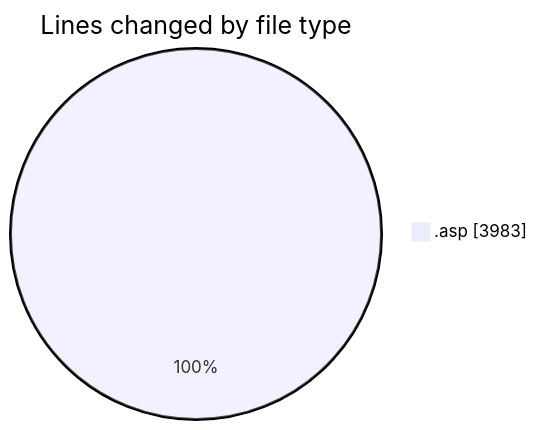
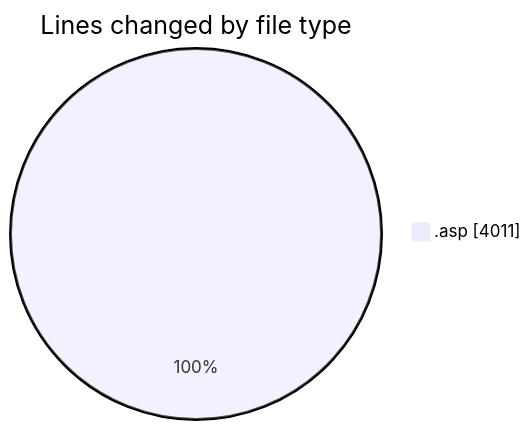
Before and after one commit to julien-gomy/code-tracking: the first of 2 diagrams in 2025-11-04/cdp_aleoudev_fr__workspace_/README.md, drawn with Mermaid. The commit also changed other lines of this file and 1 other file, not shown here.

````diff
--- a/2025-11-04/cdp_aleoudev_fr__workspace_/README.md
+++ b/2025-11-04/cdp_aleoudev_fr__workspace_/README.md
@@ -21,5 +21,5 @@
 ```mermaid
 pie showData
 title Lines changed by file type
-".asp" : 3983
+".asp" : 4011
 ```
````
